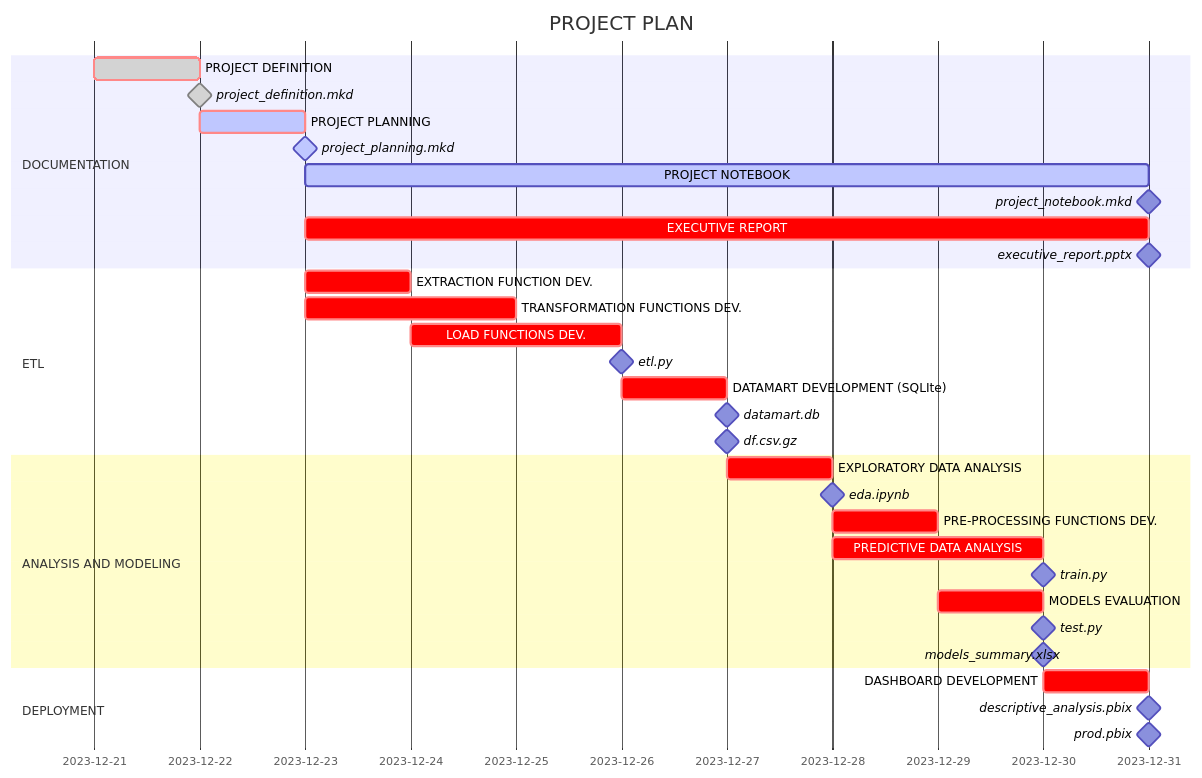
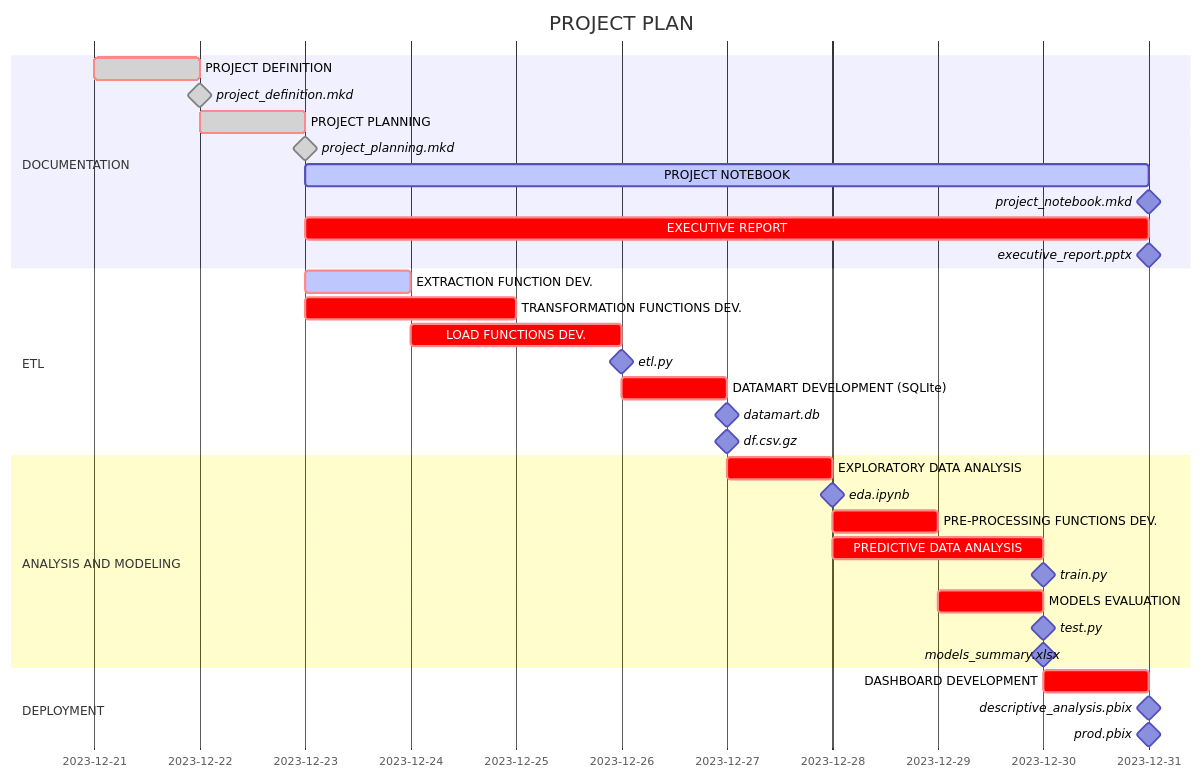
The diagram in docs/project_planning.mkd (zapallo-droid-ca/2023_WDI_ts_GDP_forecasting), drawn with Mermaid before and after one commit. The commit also changed other lines of this file and 18 other files, not shown here.

````diff
--- a/docs/project_planning.mkd
+++ b/docs/project_planning.mkd
@@ -42,40 +44,40 @@
 ```mermaid renderAs=mermaid
 gantt
        dateFormat  YYYY-MM-DD
        title PROJECT PLAN
 
        section DOCUMENTATION
        PROJECT DEFINITION            :crit,      done, des01, 2023-12-21 , 1d
-	   project_definition.mkd        :milestone, done, after des01, 0d
-       PROJECT PLANNING              :crit,      active, des02, after des01, 1d
-	   project_planning.mkd          :milestone, active, after des02, 0d
-       PROJECT NOTEBOOK              :active,            des03, after des02, 2023-12-31
-	   project_notebook.mkd			 :milestone,              , after des03, 0d
-       EXECUTIVE REPORT              :crit,              des04, after des02, 2023-12-31
-	   executive_report.pptx         :milestone,              , after des04, 0d
+	   project_definition.mkd        :milestone, done,        after des01, 0d
+       PROJECT PLANNING              :crit,      done, des02, after des01, 1d
+	   project_planning.mkd          :milestone, done,        after des02, 0d
+       PROJECT NOTEBOOK              :active,  		   des03, after des02, 2023-12-31
+	   project_notebook.mkd			 :milestone,            , after des03, 0d
+       EXECUTIVE REPORT              :crit,            des04, after des02, 2023-12-31
+	   executive_report.pptx         :milestone,            , after des04, 0d
 
        section ETL
-       EXTRACTION FUNCTION DEV. 	 :crit,              des05, after des02, 1d
-       TRANSFORMATION FUNCTIONS DEV. :crit,              des06, after des02, 2d
-	   LOAD FUNCTIONS DEV.			 :crit,              des07, after des05, 2d
-	   etl.py						 :milestone,              , after des07, 0d
-	   DATAMART DEVELOPMENT (SQLIte) :crit,              des08, after des07, 1d
-	   datamart.db                   :milestone,              , after des08, 0d
-	   df.csv.gz	                 :milestone,              , after des08, 0d
+       EXTRACTION FUNCTION DEV. 	 :crit, active,    des05, after des02, 1d
+       TRANSFORMATION FUNCTIONS DEV. :crit,            des06, after des02, 2d
+	   LOAD FUNCTIONS DEV.			 :crit,            des07, after des05, 2d
+	   etl.py						 :milestone,            , after des07, 0d
+	   DATAMART DEVELOPMENT (SQLIte) :crit,            des08, after des07, 1d
+	   datamart.db                   :milestone,            , after des08, 0d
+	   df.csv.gz	                 :milestone,            , after des08, 0d
 
        section ANALYSIS AND MODELING
-       EXPLORATORY DATA ANALYSIS     :crit,              des09, after des08, 1d
-	   eda.ipynb                     :milestone,              , after des09, 0d
-	   PRE-PROCESSING FUNCTIONS DEV. :crit,              des10, after des09, 1d
-	   PREDICTIVE DATA ANALYSIS      :crit,              des11, after des09, 2d
-	   train.py                      :milestone,              , after des11, 0d
-	   MODELS EVALUATION             :crit,              des12, after des10, 1d
-	   test.py                       :milestone,              , after des12, 0d
-	   models_summary.xlsx           :milestone,              , after des12, 0d
+       EXPLORATORY DATA ANALYSIS     :crit,            des09, after des08, 1d
+	   eda.ipynb                     :milestone,            , after des09, 0d
+	   PRE-PROCESSING FUNCTIONS DEV. :crit,            des10, after des09, 1d
+	   PREDICTIVE DATA ANALYSIS      :crit,            des11, after des09, 2d
+	   train.py                      :milestone,            , after des11, 0d
+	   MODELS EVALUATION             :crit,            des12, after des10, 1d
+	   test.py                       :milestone,            , after des12, 0d
+	   models_summary.xlsx           :milestone,            , after des12, 0d
 	   
 	   section DEPLOYMENT
-       DASHBOARD DEVELOPMENT         :crit,              des13, after des12, 1d
-	   descriptive_analysis.pbix     :milestone,              , after des13, 0d
-	   prod.pbix                     :milestone,              , after des13, 0d
+       DASHBOARD DEVELOPMENT         :crit,            des13, after des12, 1d
+	   descriptive_analysis.pbix     :milestone,            , after des13, 0d
+	   prod.pbix                     :milestone,            , after des13, 0d
 	   
 ```
````
